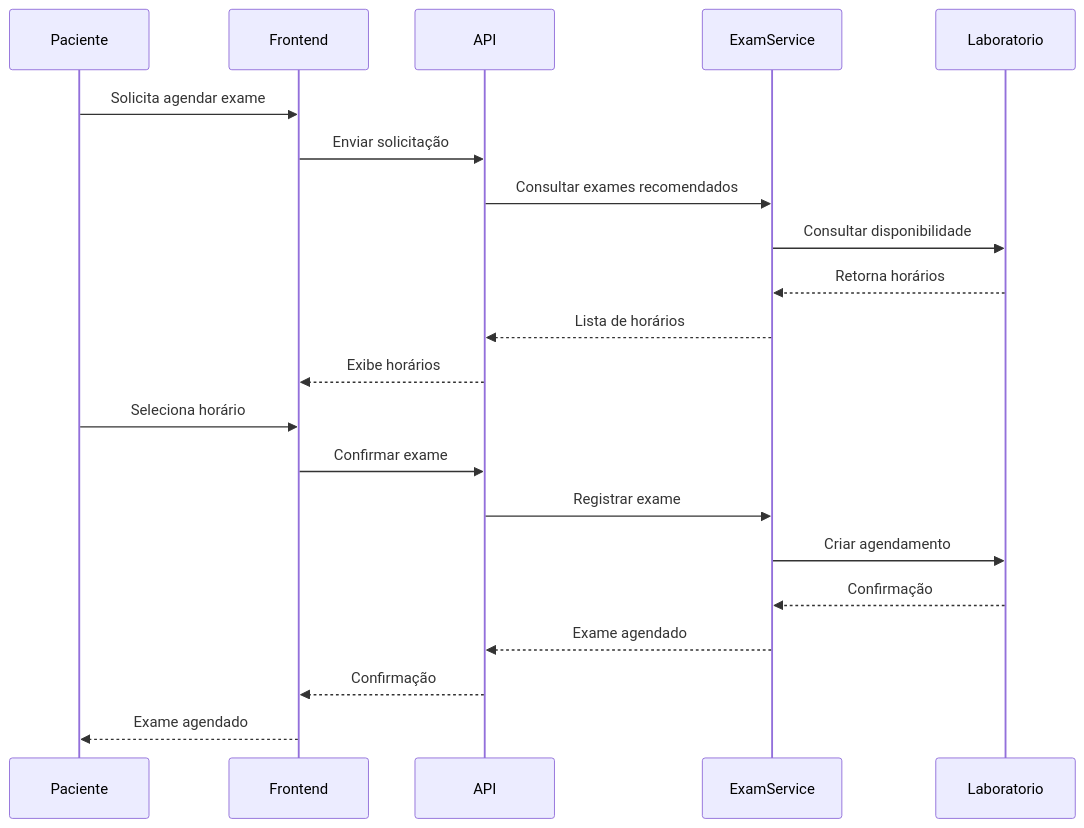
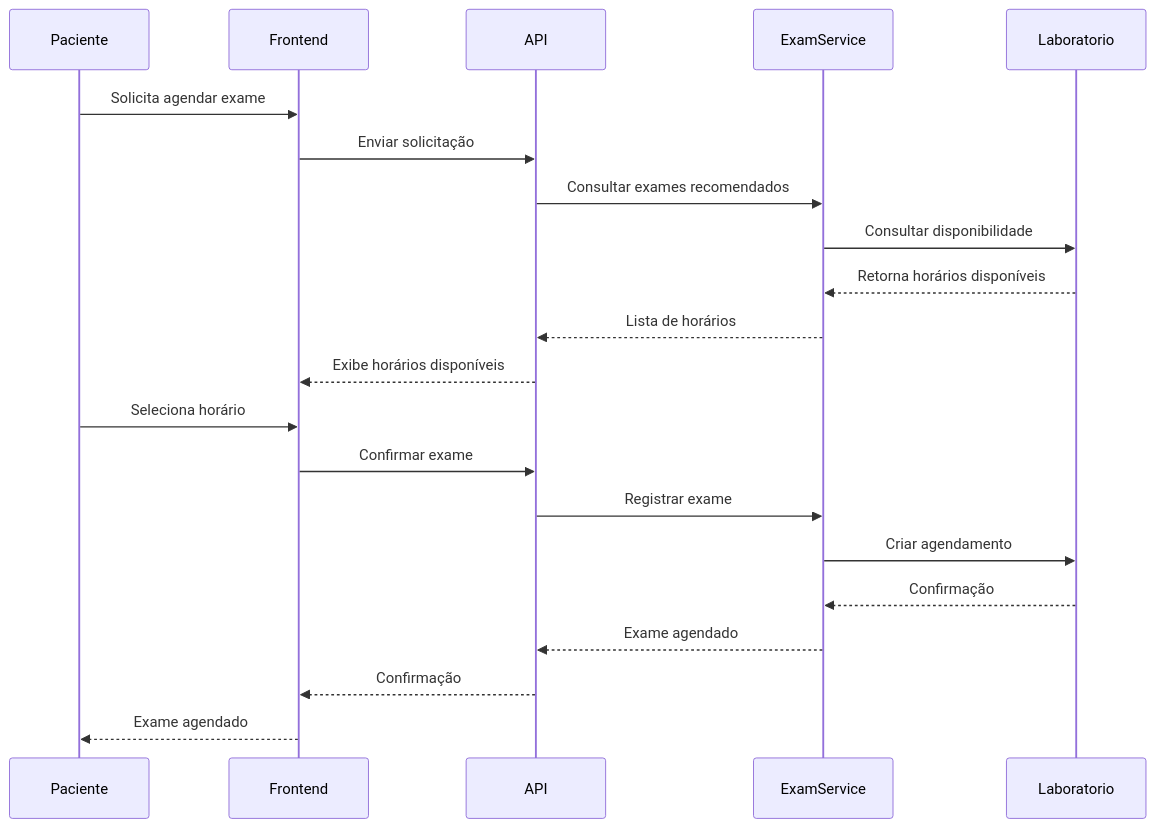
Before and after one commit to ccps1-care-predict/care-plus-ccps1: the third of 5 diagrams in DIAGRAMA DE SEQUENCIA.md, drawn with Mermaid. The commit also changed other lines of this file, not shown here.

Commit message:
doc: diagram de sequencia

````diff
--- a/DIAGRAMA DE SEQUENCIA.md
+++ b/DIAGRAMA DE SEQUENCIA.md
@@ -72,31 +100,32 @@
 ```mermaid
 sequenceDiagram
+
 participant Paciente
 participant Frontend
 participant API
 participant ExamService
 participant Laboratorio
 
 Paciente->>Frontend: Solicita agendar exame
 Frontend->>API: Enviar solicitação
 
 API->>ExamService: Consultar exames recomendados
 ExamService->>Laboratorio: Consultar disponibilidade
 
-Laboratorio-->>ExamService: Retorna horários
+Laboratorio-->>ExamService: Retorna horários disponíveis
 ExamService-->>API: Lista de horários
 
-API-->>Frontend: Exibe horários
+API-->>Frontend: Exibe horários disponíveis
 
 Paciente->>Frontend: Seleciona horário
 Frontend->>API: Confirmar exame
 
 API->>ExamService: Registrar exame
 ExamService->>Laboratorio: Criar agendamento
 
 Laboratorio-->>ExamService: Confirmação
 ExamService-->>API: Exame agendado
 
 API-->>Frontend: Confirmação
 Frontend-->>Paciente: Exame agendado
 ```
````
